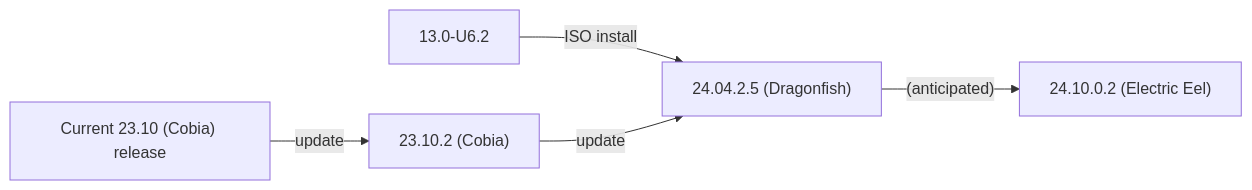
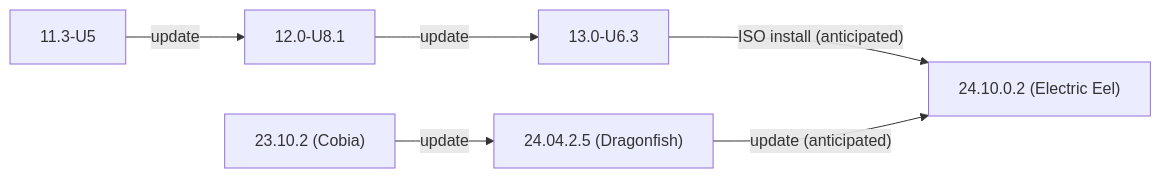
Before and after one commit to truenas/documentation: the second of 2 diagrams in static/includes/SCALEUpgradePaths.md, drawn with Mermaid. The commit also changed other lines of this file and 3 other files, not shown here.

```diff
--- a/static/includes/SCALEUpgradePaths.md
+++ b/static/includes/SCALEUpgradePaths.md
@@ -65,8 +69,9 @@
           {{< mermaid class="mermaid_sizing" >}}
           flowchart LR
-            A["13.0-U6.2"] -->|ISO install| D
-            B["Current 23.10 (Cobia) release"] -->|update| C
-            C["23.10.2 (Cobia)"] -->|update| D
-            D["24.04.2.5 (Dragonfish)"]  -->|"(anticipated)"| E
-            E["24.10.0.2 (Electric Eel)"]
+            A["11.3-U5"] -->|update| B
+            B["12.0-U8.1"] -->|update| C
+            C["13.0-U6.3"] -->|"ISO install (anticipated)"| F
+            D["23.10.2 (Cobia)"] -->|update| E
+            E["24.04.2.5 (Dragonfish)"]  -->|"update (anticipated)"| F
+            F["24.10.0.2 (Electric Eel)"]
           {{< /mermaid >}}
```
